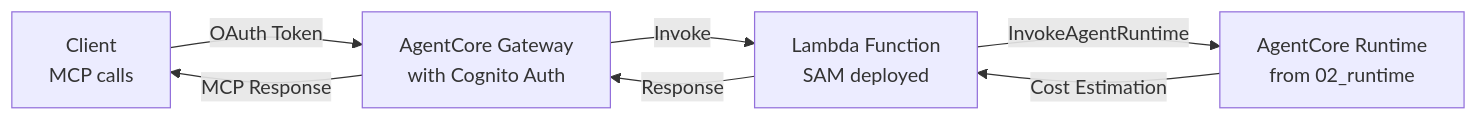
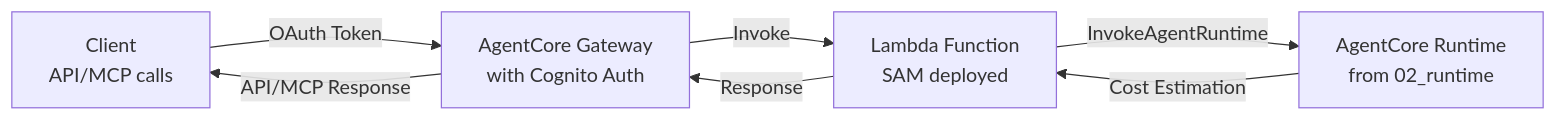
The diagram in 03_gateway/README.md (k-taiga/sample-amazon-bedrock-agentcore-onboarding), drawn with Mermaid before and after one commit. The commit also changed other lines of this file, not shown here.

First line of the commit message:
Fix 03_gateway README: remove duplicate Quick Start, add command line args, correct implementation details

````diff
--- a/03_gateway/README.md
+++ b/03_gateway/README.md
@@ -15,9 +15,9 @@
 ```mermaid
 graph LR
-    A[Client<br/>MCP calls] -->|OAuth Token| B[AgentCore Gateway<br/>with Cognito Auth]
+    A[Client<br/>API/MCP calls] -->|OAuth Token| B[AgentCore Gateway<br/>with Cognito Auth]
     B -->|Invoke| C[Lambda Function<br/>SAM deployed]
     C -->|InvokeAgentRuntime| D[AgentCore Runtime<br/>from 02_runtime]
     D -->|Cost Estimation| C
     C -->|Response| B
-    B -->|MCP Response| A
+    B -->|API/MCP Response| A
 ```
````
